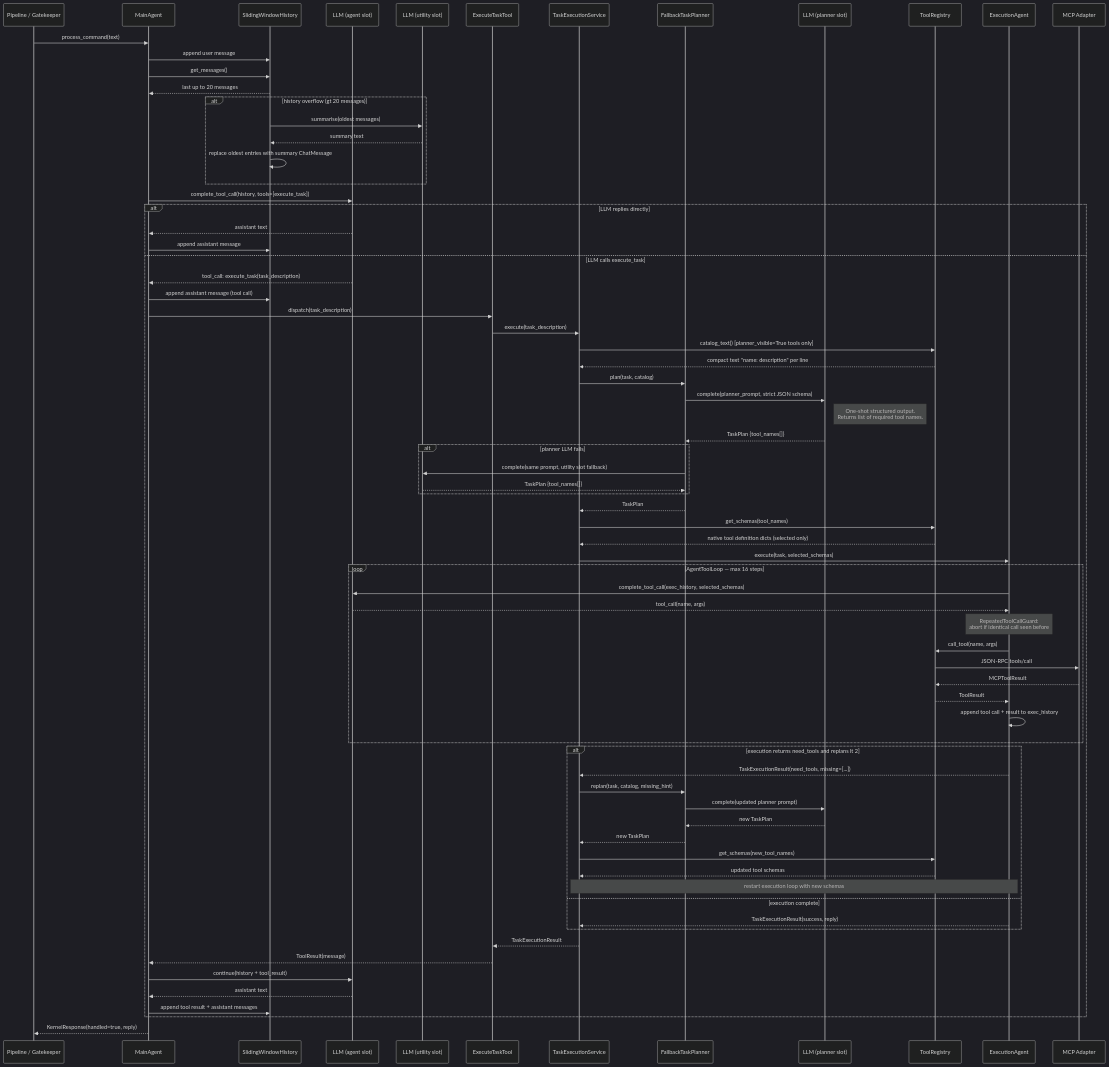
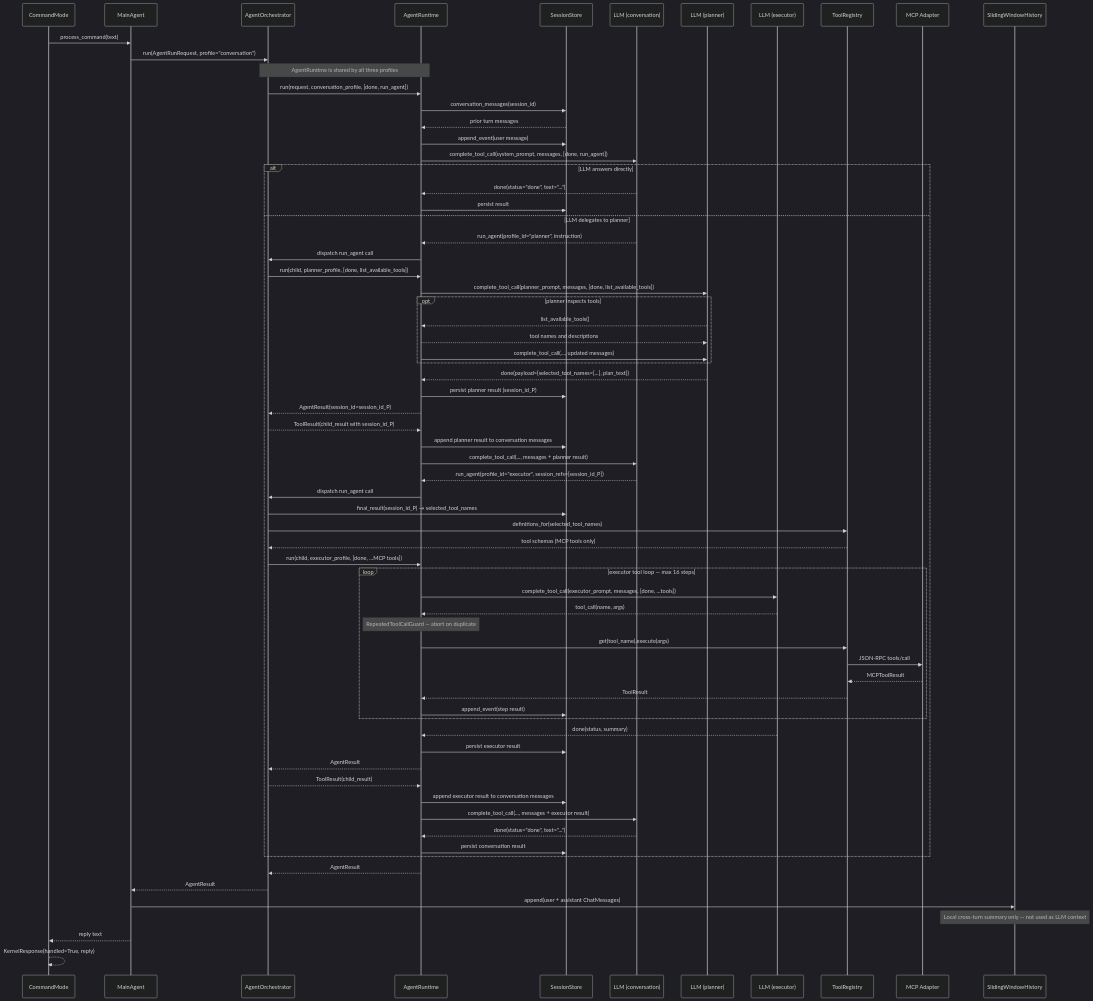
One commit to vovka/tusk changed the diagram in docs/architecture.md. Above: the diagram before and after it, drawn with Mermaid (dark theme). The commit also changed other lines of this file and 1 other file, not shown here.

First line of the commit message:
Rewrite agent workflow diagram and add svg-to-png skill

````diff
--- a/docs/architecture.md
+++ b/docs/architecture.md
@@ -35,89 +38,83 @@
 ```mermaid
 sequenceDiagram
-    participant GK as Pipeline / Gatekeeper
+    participant CMD as CommandMode
     participant MA as MainAgent
+    participant ORC as AgentOrchestrator
+    participant RT as AgentRuntime
+    participant SS as SessionStore
+    participant LLM_C as LLM (conversation)
+    participant LLM_P as LLM (planner)
+    participant LLM_E as LLM (executor)
+    participant TR as ToolRegistry
+    participant MCP as MCP Adapter
     participant HX as SlidingWindowHistory
-    participant LLM_A as LLM (agent slot)
-    participant LLM_U as LLM (utility slot)
-    participant ET as ExecuteTaskTool
-    participant TES as TaskExecutionService
-    participant FP as FallbackTaskPlanner
-    participant LLM_P as LLM (planner slot)
-    participant TR as ToolRegistry
-    participant EA as ExecutionAgent
-    participant MCP as MCP Adapter
 
-    GK->>MA: process_command(text)
-    MA->>HX: append user message
-    MA->>HX: get_messages()
-    HX-->>MA: last up to 20 messages
+    CMD->>MA: process_command(text)
+    MA->>ORC: run(AgentRunRequest, profile="conversation")
 
-    alt history overflow (gt 20 messages)
-        HX->>LLM_U: summarise(oldest messages)
-        LLM_U-->>HX: summary text
-        HX->>HX: replace oldest entries with summary ChatMessage
+    Note over ORC,RT: AgentRuntime is shared by all three profiles
+    ORC->>RT: run(request, conversation_profile, [done, run_agent])
+    RT->>SS: conversation_messages(session_id)
+    SS-->>RT: prior turn messages
+    RT->>SS: append_event(user message)
+    RT->>LLM_C: complete_tool_call(system_prompt, messages, [done, run_agent])
+
+    alt LLM answers directly
+        LLM_C-->>RT: done(status="done", text="...")
+        RT->>SS: persist result
+    else LLM delegates to planner
+        LLM_C-->>RT: run_agent(profile_id="planner", instruction)
+        RT->>ORC: dispatch run_agent call
+
+        ORC->>RT: run(child, planner_profile, [done, list_available_tools])
+        RT->>LLM_P: complete_tool_call(planner_prompt, messages, [done, list_available_tools])
+
+        opt planner inspects tools
+            LLM_P-->>RT: list_available_tools()
+            RT-->>LLM_P: tool names and descriptions
+            RT->>LLM_P: complete_tool_call(..., updated messages)
+        end
+
+        LLM_P-->>RT: done(payload={selected_tool_names=[...], plan_text})
+        RT->>SS: persist planner result (session_id_P)
+        RT-->>ORC: AgentResult(session_id=session_id_P)
+        ORC-->>RT: ToolResult(child_result with session_id_P)
+        RT->>SS: append planner result to conversation messages
+        RT->>LLM_C: complete_tool_call(..., messages + planner result)
+
+        LLM_C-->>RT: run_agent(profile_id="executor", session_refs=[session_id_P])
+        RT->>ORC: dispatch run_agent call
+        ORC->>SS: final_result(session_id_P) → selected_tool_names
+        ORC->>TR: definitions_for(selected_tool_names)
+        TR-->>ORC: tool schemas (MCP tools only)
+
+        ORC->>RT: run(child, executor_profile, [done, ...MCP tools])
+
+        loop executor tool loop — max 16 steps
+            RT->>LLM_E: complete_tool_call(executor_prompt, messages, [done, ...tools])
+            LLM_E-->>RT: tool_call(name, args)
+            Note over RT: RepeatedToolCallGuard — abort on duplicate
+            RT->>TR: get(tool_name).execute(args)
+            TR->>MCP: JSON-RPC tools/call
+            MCP-->>TR: MCPToolResult
+            TR-->>RT: ToolResult
+            RT->>SS: append_event(step result)
+        end
+
+        LLM_E-->>RT: done(status, summary)
+        RT->>SS: persist executor result
+        RT-->>ORC: AgentResult
+        ORC-->>RT: ToolResult(child_result)
+        RT->>SS: append executor result to conversation messages
+        RT->>LLM_C: complete_tool_call(..., messages + executor result)
+        LLM_C-->>RT: done(status="done", text="...")
+        RT->>SS: persist conversation result
     end
 
-    MA->>LLM_A: complete_tool_call(history, tools=[execute_task])
-
-    alt LLM replies directly
-        LLM_A-->>MA: assistant text
-        MA->>HX: append assistant message
-    else LLM calls execute_task
-        LLM_A-->>MA: tool_call: execute_task(task_description)
-        MA->>HX: append assistant message (tool call)
-        MA->>ET: dispatch(task_description)
-        ET->>TES: execute(task_description)
-
-        TES->>TR: catalog_text() [planner_visible=True tools only]
-        TR-->>TES: compact text "name: description" per line
-
-        TES->>FP: plan(task, catalog)
-        FP->>LLM_P: complete(planner_prompt, strict JSON schema)
-        Note right of LLM_P: One-shot structured output.<br/>Returns list of required tool names.
-        LLM_P-->>FP: TaskPlan {tool_names[]}
-
-        alt planner LLM fails
-            FP->>LLM_U: complete(same prompt, utility slot fallback)
-            LLM_U-->>FP: TaskPlan {tool_names[]}
-        end
-
-        FP-->>TES: TaskPlan
-        TES->>TR: get_schemas(tool_names)
-        TR-->>TES: native tool definition dicts (selected only)
-
-        TES->>EA: execute(task, selected_schemas)
-
-        loop AgentToolLoop — max 16 steps
-            EA->>LLM_A: complete_tool_call(exec_history, selected_schemas)
-            LLM_A-->>EA: tool_call(name, args)
-            Note over EA: RepeatedToolCallGuard:<br/>abort if identical call seen before
-            EA->>TR: call_tool(name, args)
-            TR->>MCP: JSON-RPC tools/call
-            MCP-->>TR: MCPToolResult
-            TR-->>EA: ToolResult
-            EA->>EA: append tool call + result to exec_history
-        end
-
-        alt execution returns need_tools and replans lt 2
-            EA-->>TES: TaskExecutionResult(need_tools, missing=[...])
-            TES->>FP: replan(task, catalog, missing_hint)
-            FP->>LLM_P: complete(updated planner prompt)
-            LLM_P-->>FP: new TaskPlan
-            FP-->>TES: new TaskPlan
-            TES->>TR: get_schemas(new_tool_names)
-            TR-->>TES: updated tool schemas
-            Note over TES,EA: restart execution loop with new schemas
-        else execution complete
-            EA-->>TES: TaskExecutionResult(success, reply)
-        end
-
-        TES-->>ET: TaskExecutionResult
-        ET-->>MA: ToolResult(message)
-        MA->>LLM_A: continue(history + tool_result)
-        LLM_A-->>MA: assistant text
-        MA->>HX: append tool result + assistant messages
-    end
-
-    MA-->>GK: KernelResponse(handled=true, reply)
+    RT-->>ORC: AgentResult
+    ORC-->>MA: AgentResult
+    MA->>HX: append(user + assistant ChatMessages)
+    Note over HX: Local cross-turn summary only — not used as LLM context
+    MA-->>CMD: reply text
+    CMD-->>CMD: KernelResponse(handled=True, reply)
 ```
````
